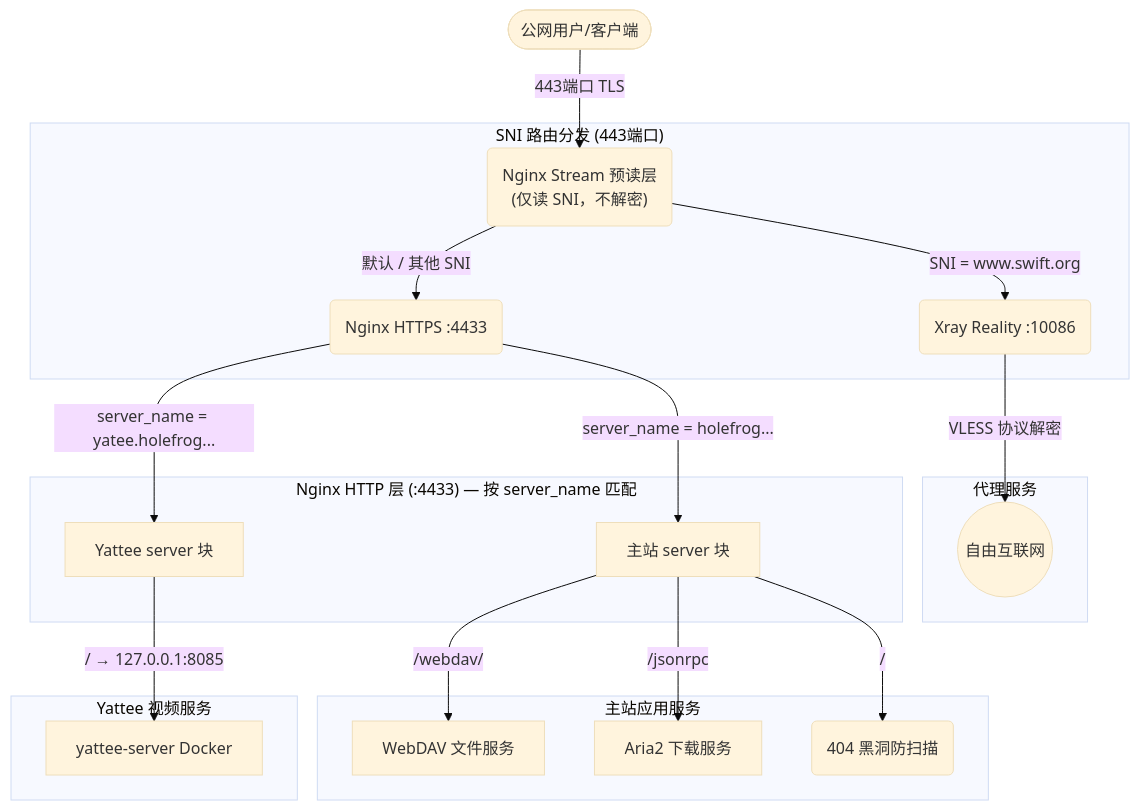
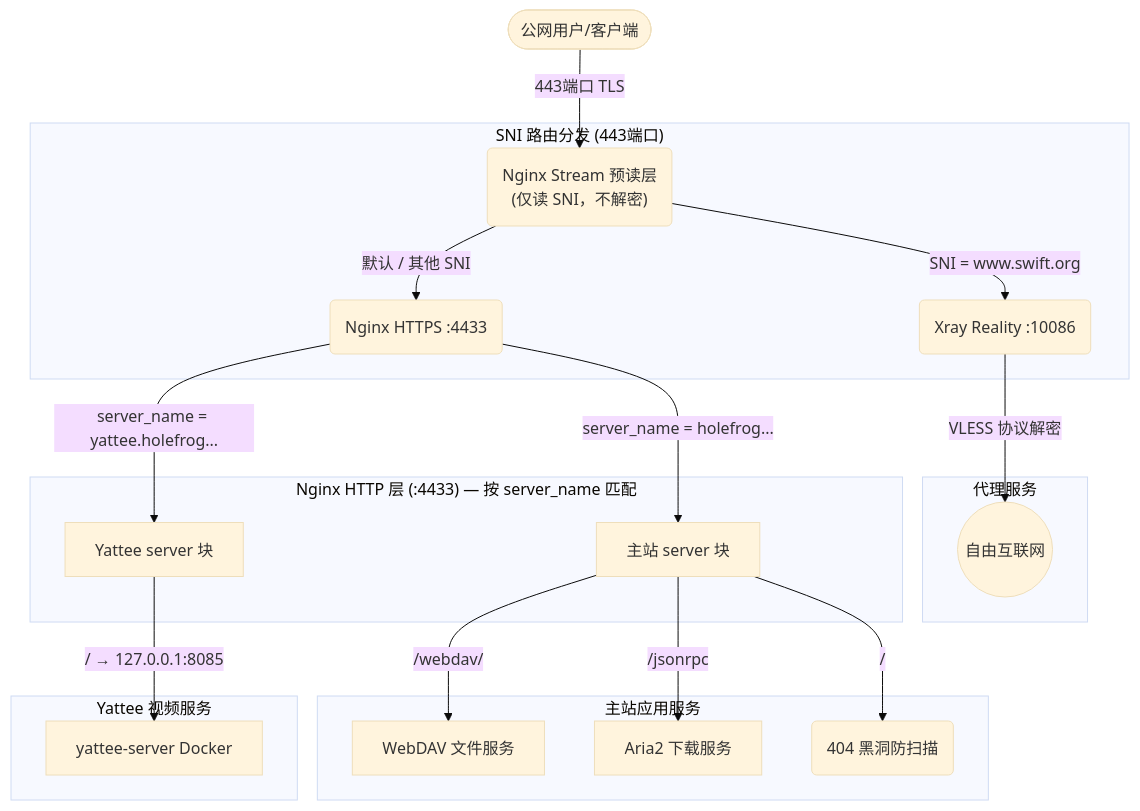
The diagram in README.md (holefrog/Ansible_RackNerd), drawn with Mermaid (base theme) before and after one commit. The commit also changed other lines of this file and 3 other files, not shown here.

````diff
--- a/README.md
+++ b/README.md
@@ -20,28 +20,28 @@
 ```mermaid
 graph TD
     User(["公网用户/客户端"]) -->|"443端口 TLS"| Nginx_Stream("Nginx Stream 预读层<br/>(仅读 SNI，不解密)")
     
     subgraph sni_router ["SNI 路由分发 (443端口)"]
         Nginx_Stream -->|"SNI = www.swift.org"| Xray("Xray Reality :10086")
         Nginx_Stream -->|"默认 / 其他 SNI"| Port_4433("Nginx HTTPS :4433")
     end
     
     subgraph proxy_service ["代理服务"]
         Xray -->|"VLESS 协议解密"| Target_Internet(("自由互联网"))
     end
     
     subgraph http_layer ["Nginx HTTP 层 (:4433) — 按 server_name 匹配"]
         Port_4433 -->|"server_name = holefrog..."| Main_Server["主站 server 块"]
-        Port_4433 -->|"server_name = yatee.holefrog..."| Yattee_Server["Yattee server 块"]
+        Port_4433 -->|"server_name = yattee.holefrog..."| Yattee_Server["Yattee server 块"]
     end
 
     subgraph app_service ["主站应用服务"]
         Main_Server -->|"/webdav/"| WebDAV["WebDAV 文件服务"]
         Main_Server -->|"/jsonrpc"| Aria2["Aria2 下载服务"]
         Main_Server -->|"/"| Fallback("404 黑洞防扫描")
     end
 
     subgraph yattee_service ["Yattee 视频服务"]
         Yattee_Server -->|"/ → 127.0.0.1:8085"| Yattee_Docker["yattee-server Docker"]
     end
 ```
````
